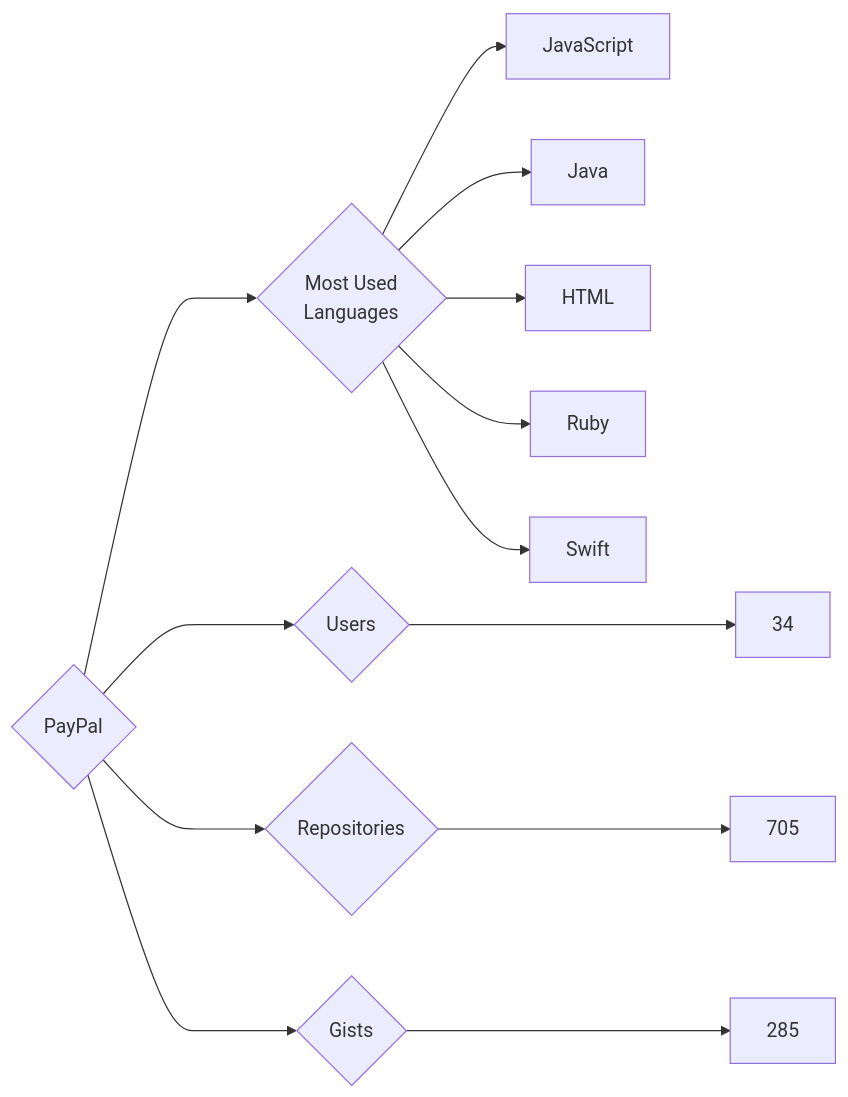
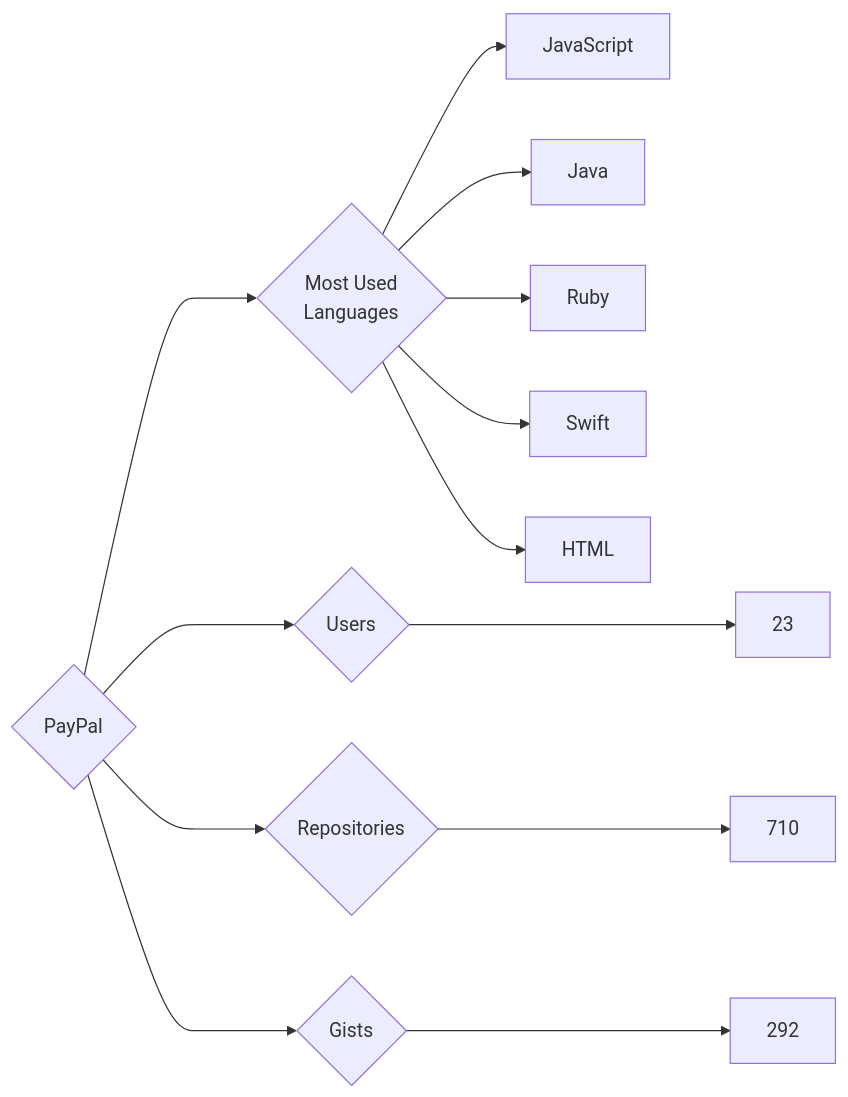
One commit to trickest/insiders changed the diagram in targets/PayPal/README.md. Above: the diagram before and after it, drawn with Mermaid. The commit also changed 903 other files, not shown here.

````diff
--- a/targets/PayPal/README.md
+++ b/targets/PayPal/README.md
@@ -3,13 +3,13 @@
 ```mermaid
 graph LR
 COMPANY_NAME{PayPal}
-COMPANY_NAME ---> U{Users} ---> UN[34]
-COMPANY_NAME ---> R{Repositories} ---> RN[705]
-COMPANY_NAME ---> G{Gists} ---> GN[285]
+COMPANY_NAME ---> U{Users} ---> UN[23]
+COMPANY_NAME ---> R{Repositories} ---> RN[710]
+COMPANY_NAME ---> G{Gists} ---> GN[292]
 COMPANY_NAME ---> ML{Most Used<br>Languages}
 ML --> JavaScript[JavaScript]
 ML --> Java[Java]
-ML --> HTML[HTML]
 ML --> Ruby[Ruby]
 ML --> Swift[Swift]
+ML --> HTML[HTML]
 ```
````
